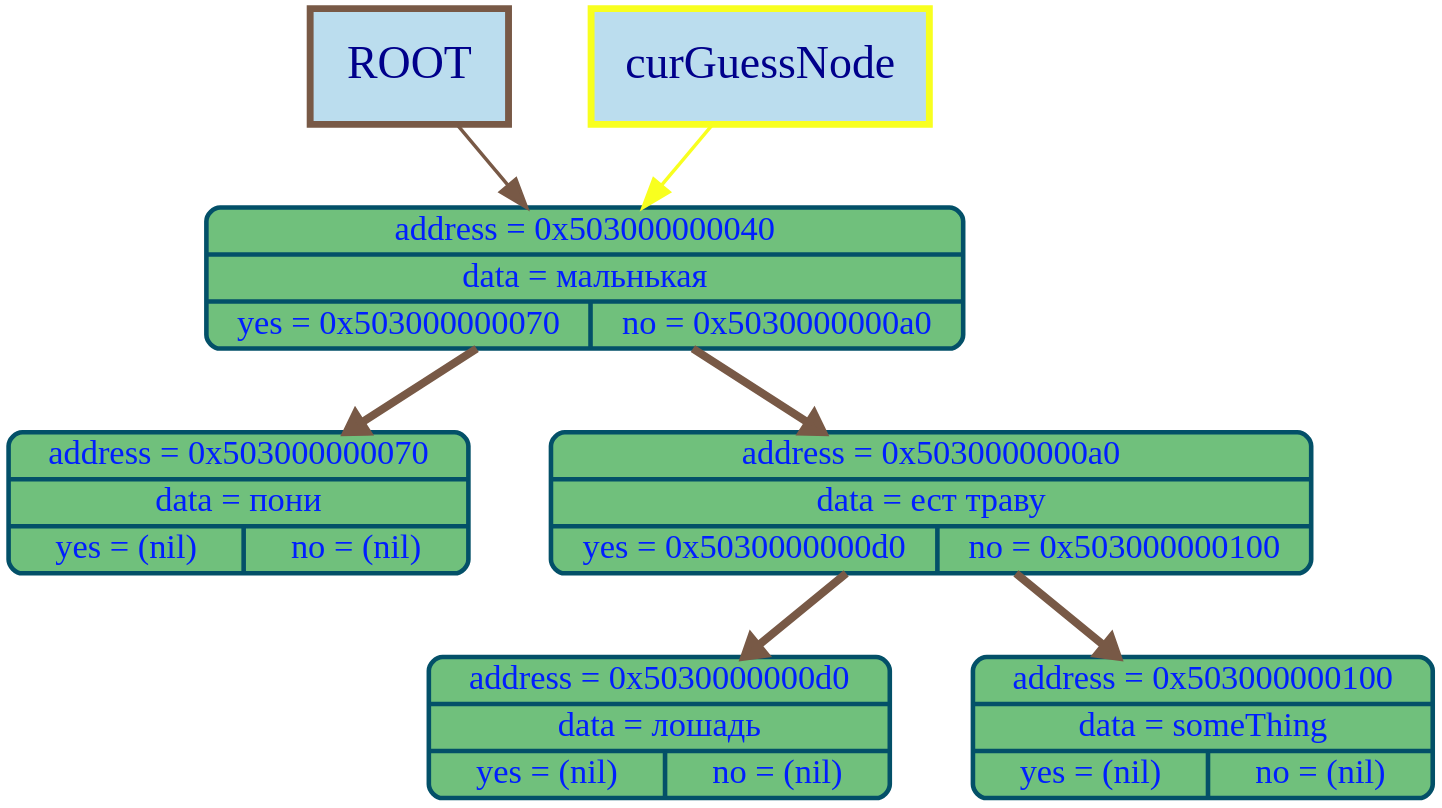
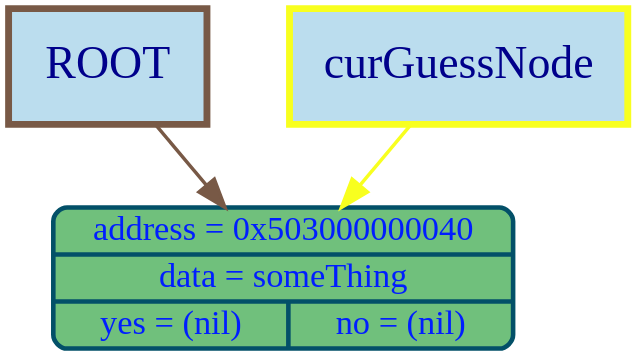
Before and after one commit to timoko3/akinator: the diagram in graphDumps/graphDump.dot, drawn with Graphviz. The commit also changed 11 other files, not shown here.

```diff
--- a/graphDumps/graphDump.dot
+++ b/graphDumps/graphDump.dot
@@ -1,20 +1,12 @@
 digraph G {
 bgcolor="transparent"
 nodesep = 1;
 ranksep = 1
 	node [shape=Mrecord, style="filled", fillcolor="#70c07cff", fontcolor="#001effff", color="#035068ff", penwidth=4, fontname="Menlo", fontsize=30];
 
-	node64 [label="{address = 0x503000000040 | data = мальнькая | {yes = 0x503000000070 | no = 0x5030000000a0}} "];
-	node112 [label="{address = 0x503000000070 | data = пони | {yes = (nil) | no = (nil)}} "];
-	node160 [label="{address = 0x5030000000a0 | data = ест траву | {yes = 0x5030000000d0 | no = 0x503000000100}} "];
-	node208 [label="{address = 0x5030000000d0 | data = лошадь | {yes = (nil) | no = (nil)}} "];
-	node256 [label="{address = 0x503000000100 | data = someThing | {yes = (nil) | no = (nil)}} "];
-node64 ->node112 [color="#785946ff", arrowsize=1.5, penwidth=7, weight=1000];
-node64->node160 [color="#785946ff", arrowsize=1.5, penwidth=7, weight=1000];
-node160 ->node208 [color="#785946ff", arrowsize=1.5, penwidth=7, weight=1000];
-node160->node256 [color="#785946ff", arrowsize=1.5, penwidth=7, weight=1000];
+	node64 [label="{address = 0x503000000040 | data = someThing | {yes = (nil) | no = (nil)}} "];
 root_label [shape=box, width = 2.4, height = 1.4, label="ROOT", style="filled", fillcolor="#BBDDEE", color="#785946ff", penwidth = 6,  fontcolor="darkblue", fontsize = 40];
 cur_node_label [shape=box, width = 2.4, height = 1.4, label="curGuessNode", style="filled", fillcolor="#BBDDEE", color="#f8ff1fff", penwidth = 6,  fontcolor="darkblue", fontsize = 40];
 root_label -> node64 [color="#785946ff"  , arrowsize=2.5, penwidth=3];
 cur_node_label -> node64 [color="#f8ff1fff"  , arrowsize=2.5, penwidth=3];
 }
```
